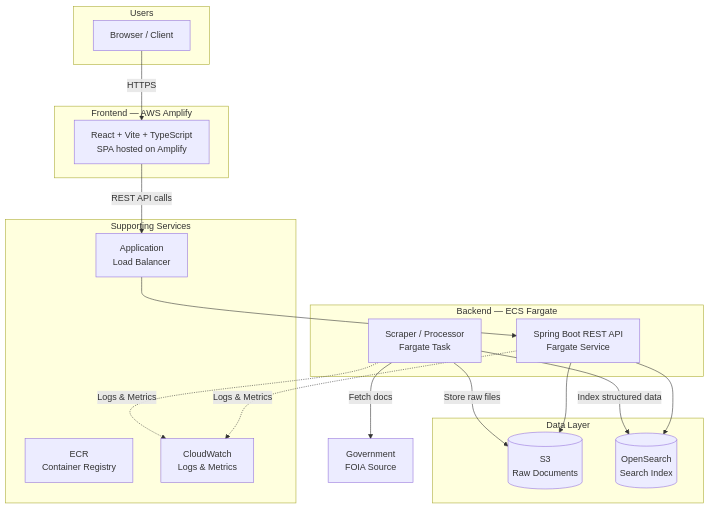
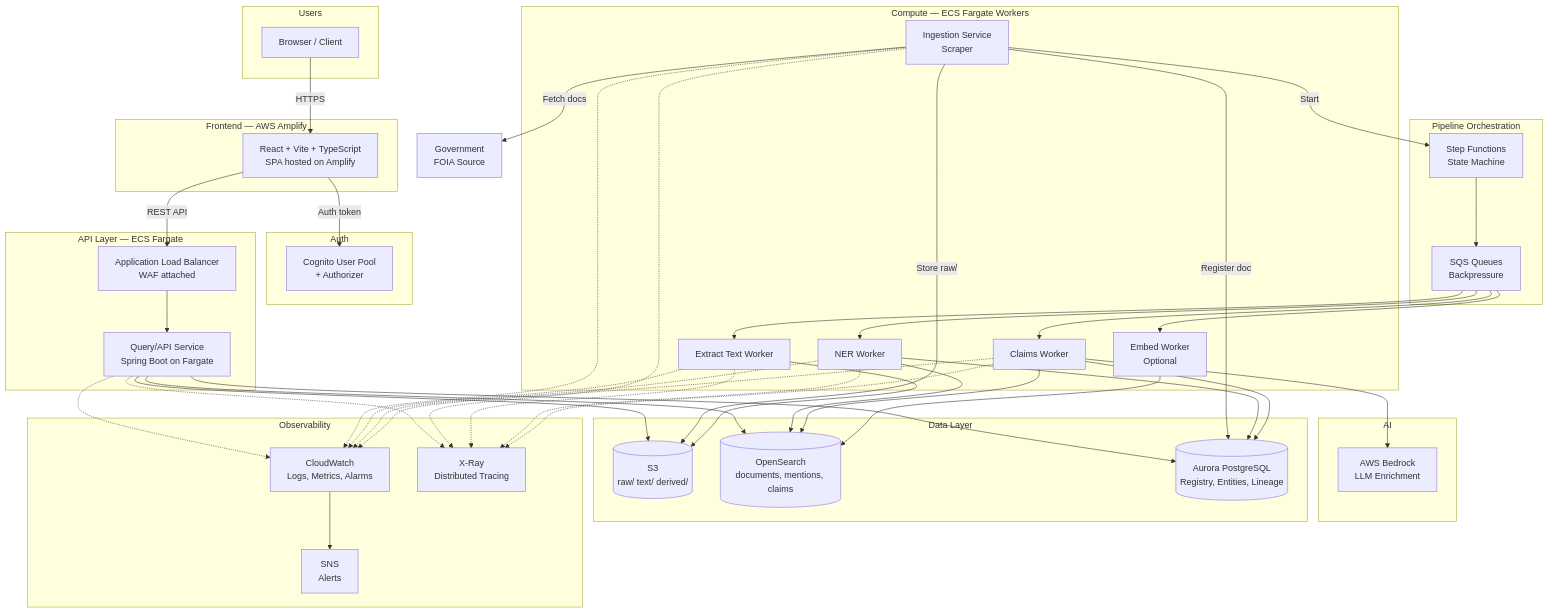
One commit to gepstein23/EpsteinBrowser changed the first of 15 diagrams in docs/architecture.md. Above: the diagram before and after it, drawn with Mermaid. The commit also changed other lines of this file and 1 other file, not shown here.

First line of the commit message:
Authored by Genevieve's Intern, Claude: Rewrite architecture with evented pipeline design

````diff
--- a/docs/architecture.md
+++ b/docs/architecture.md
@@ -29,37 +37,72 @@
 ```mermaid
 graph TB
     subgraph "Users"
         U[Browser / Client]
     end
 
     subgraph "Frontend — AWS Amplify"
         FE[React + Vite + TypeScript<br/>SPA hosted on Amplify]
     end
 
-    subgraph "Backend — ECS Fargate"
-        API[Spring Boot REST API<br/>Fargate Service]
-        SCRAPER[Scraper / Processor<br/>Fargate Task]
+    subgraph "Auth"
+        COG[Cognito User Pool<br/>+ Authorizer]
+    end
+
+    subgraph "API Layer — ECS Fargate"
+        ALB[Application Load Balancer<br/>WAF attached]
+        API[Query/API Service<br/>Spring Boot on Fargate]
+    end
+
+    subgraph "Pipeline Orchestration"
+        SF[Step Functions<br/>State Machine]
+        SQS[SQS Queues<br/>Backpressure]
+    end
+
+    subgraph "Compute — ECS Fargate Workers"
+        ING[Ingestion Service<br/>Scraper]
+        ETW[Extract Text Worker]
+        NERW[NER Worker]
+        CLW[Claims Worker]
+        EMBW[Embed Worker<br/>Optional]
+    end
+
+    subgraph "AI"
+        BED[AWS Bedrock<br/>LLM Enrichment]
     end
 
     subgraph "Data Layer"
-        S3[(S3<br/>Raw Documents)]
-        OS[(OpenSearch<br/>Search Index)]
+        S3[(S3<br/>raw/ text/ derived/)]
+        OS[(OpenSearch<br/>documents, mentions, claims)]
+        PG[(Aurora PostgreSQL<br/>Registry, Entities, Lineage)]
     end
 
-    subgraph "Supporting Services"
-        ECR[ECR<br/>Container Registry]
-        CW[CloudWatch<br/>Logs & Metrics]
-        ALB[Application<br/>Load Balancer]
+    subgraph "Observability"
+        CW[CloudWatch<br/>Logs, Metrics, Alarms]
+        XRAY[X-Ray<br/>Distributed Tracing]
+        SNS[SNS<br/>Alerts]
     end
 
     U -->|HTTPS| FE
-    FE -->|REST API calls| ALB
+    FE -->|Auth token| COG
+    FE -->|REST API| ALB
     ALB --> API
     API --> OS
+    API --> PG
     API --> S3
-    SCRAPER -->|Fetch docs| GOV[Government<br/>FOIA Source]
-    SCRAPER -->|Store raw files| S3
-    SCRAPER -->|Index structured data| OS
-    API -.->|Logs & Metrics| CW
-    SCRAPER -.->|Logs & Metrics| CW
+
+    ING -->|Fetch docs| GOV[Government<br/>FOIA Source]
+    ING -->|Store raw/| S3
+    ING -->|Register doc| PG
+    ING -->|Start| SF
+
+    SF --> SQS
+    SQS --> ETW & NERW & CLW & EMBW
+    ETW --> S3
+    NERW --> OS & PG
+    CLW --> OS & PG
+    CLW --> BED
+    EMBW --> OS
+
+    API & ING & ETW & NERW & CLW -.-> CW & XRAY
+    CW --> SNS
 ```
````
